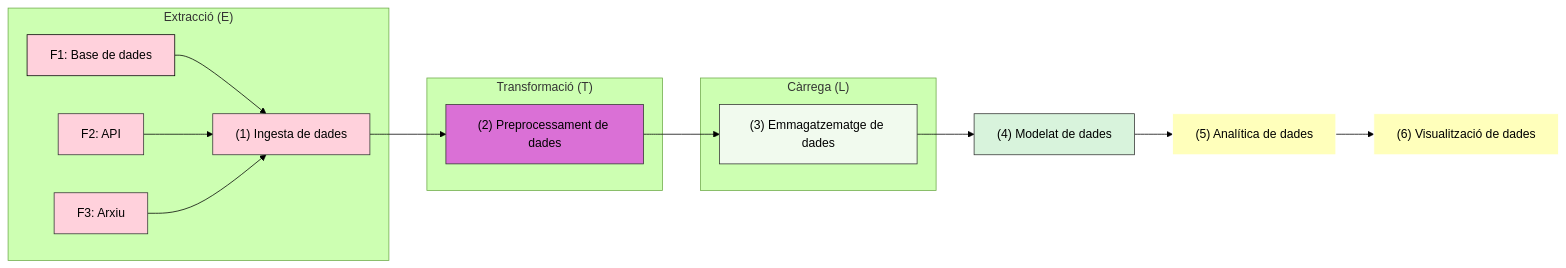
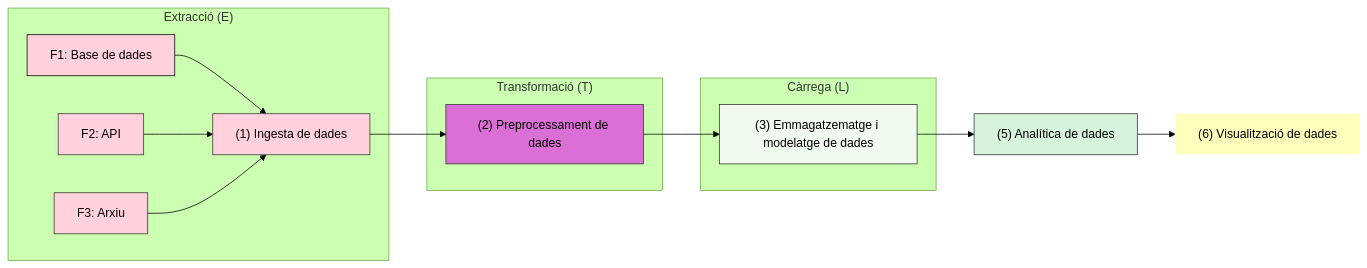
One commit to amaliag0/amaliag0.github.io changed the diagram in pages/dwh_02/alumnado/introbigdata.md. Above: the diagram before and after it, drawn with Mermaid (forest theme). The commit also changed other lines of this file and 1 other file, not shown here.

Commit message:
Update content

````diff
--- a/pages/dwh_02/alumnado/introbigdata.md
+++ b/pages/dwh_02/alumnado/introbigdata.md
@@ -59,36 +58,33 @@
 ```mermaid
 flowchart LR
     subgraph "`Extracció (E)`"
         A1["`F1: Base de dades`"]
         A2["`F2: API`"]
         A3["`F3: Arxiu`"]
         A1 --> B["`(1) Ingesta de dades`"]
         A2 --> B
         A3 --> B
     end
 
     subgraph "`Transformació (T)`"
         B --> C["`(2) Preprocessament de dades`"]
     end
 
     subgraph "`Càrrega (L)`"
-        C --> D["`(3) Emmagatzematge de dades`"]
+        C --> D["`(3) Emmagatzematge i modelatge de dades`"]
     end
 
-    D --> E["`(4) Modelat de dades`"]  
-
-    E --> F["`(5) Analítica de dades`"]
+    D --> E["`(5) Analítica de dades`"]
     
-    F --> G["`(6) Visualització de dades`"]
+    E --> F["`(6) Visualització de dades`"]
 
     style A1 fill:#FFD1DC,stroke:#000,stroke-width:1px
     style A2 fill:#FFD1DC,stroke:#333,stroke-width:1px
     style A3 fill:#FFD1DC,stroke:#333,stroke-width:1px
     style B fill:#FFD1DC,stroke:#333,stroke-width:1px
     style C fill:#DA70D6,stroke:#333,stroke-width:1px
     style D fill:#F1FAEE,stroke:#333,stroke-width:1px
     style E fill:#D8F3DC,stroke:#333,stroke-width:1px
     style F fill:#ffb,stroke:#fff,stroke-width:1px
-    style G fill:#ffb,stroke:#fff,stroke-width:1px
 
 ```
````
